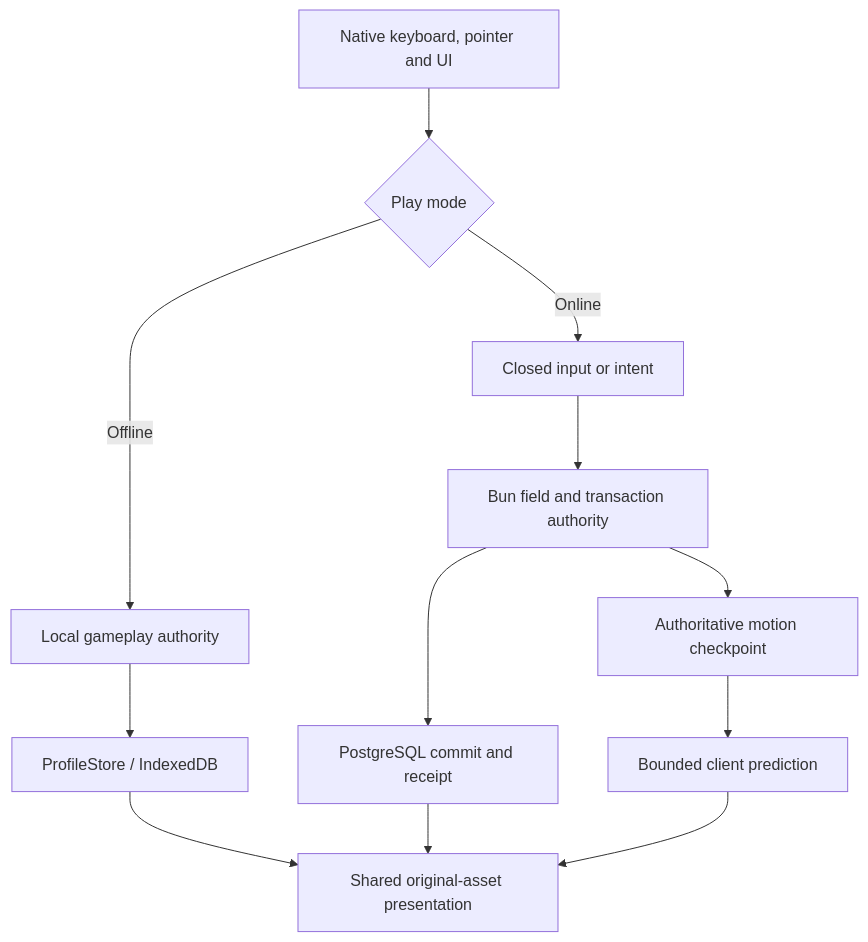
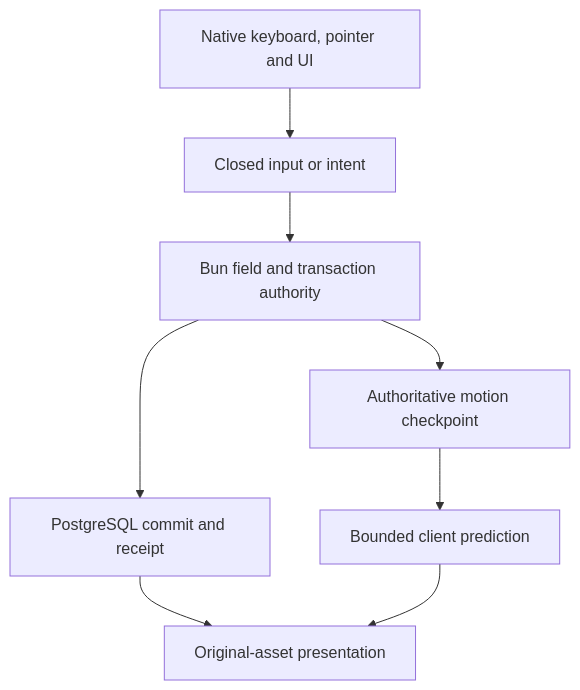
One commit to Thovenaar/openms changed the diagram in docs/reconstruction-contract.md. Above: the diagram before and after it, drawn with Mermaid. The commit also changed other lines of this file and 51 other files, not shown here.

Commit message:
chore(docs+config): refresh project docs, schemas, and manifest/config updates

````diff
--- a/docs/reconstruction-contract.md
+++ b/docs/reconstruction-contract.md
@@ -7,14 +7,10 @@
 ```mermaid
 flowchart TD
-  Input[Native keyboard, pointer and UI] --> Mode{Play mode}
-  Mode -->|Offline| Local[Local gameplay authority]
-  Mode -->|Online| Intent[Closed input or intent]
+  Input[Native keyboard, pointer and UI] --> Intent[Closed input or intent]
   Intent --> Server[Bun field and transaction authority]
-  Local --> Save[ProfileStore / IndexedDB]
   Server --> DB[PostgreSQL commit and receipt]
   Server --> Motion[Authoritative motion checkpoint]
-  Save --> View[Shared original-asset presentation]
-  DB --> View
+  DB --> View[Original-asset presentation]
   Motion --> Prediction[Bounded client prediction]
   Prediction --> View
 ```
````
